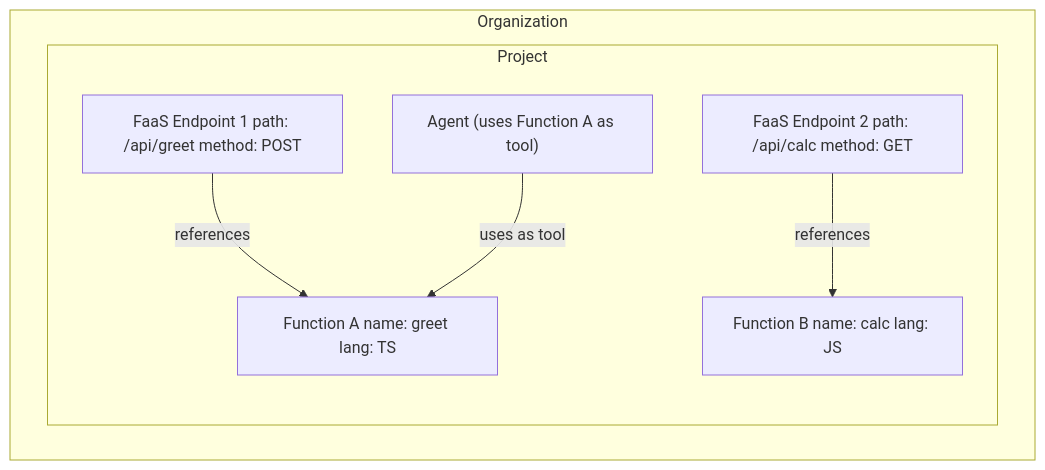
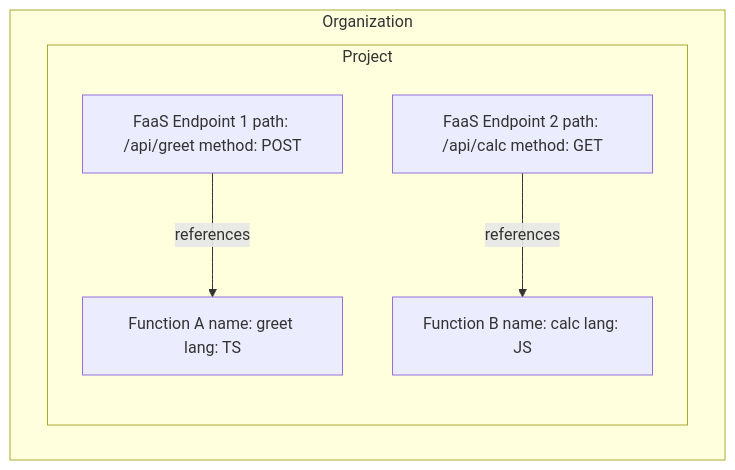
One commit to threadedstack/threadedstack changed the third of 5 diagrams in docs/features/faas-endpoints.md. Above: the diagram before and after it, drawn with Mermaid. The commit also changed other lines of this file and 45 other files, not shown here.

````diff
--- a/docs/features/faas-endpoints.md
+++ b/docs/features/faas-endpoints.md
@@ -110,16 +109,14 @@
 ```mermaid
 flowchart TD
   subgraph Org["Organization"]
     subgraph Proj["Project"]
       FuncA["Function A name: greet lang: TS"]
       FuncB["Function B name: calc lang: JS"]
       EP1["FaaS Endpoint 1 path: /api/greet method: POST"]
       EP2["FaaS Endpoint 2 path: /api/calc method: GET"]
-      Agent["Agent (uses Function A as tool)"]
 
       EP1 -->|"references"| FuncA
       EP2 -->|"references"| FuncB
-      Agent -->|"uses as tool"| FuncA
     end
   end
 ```
````
